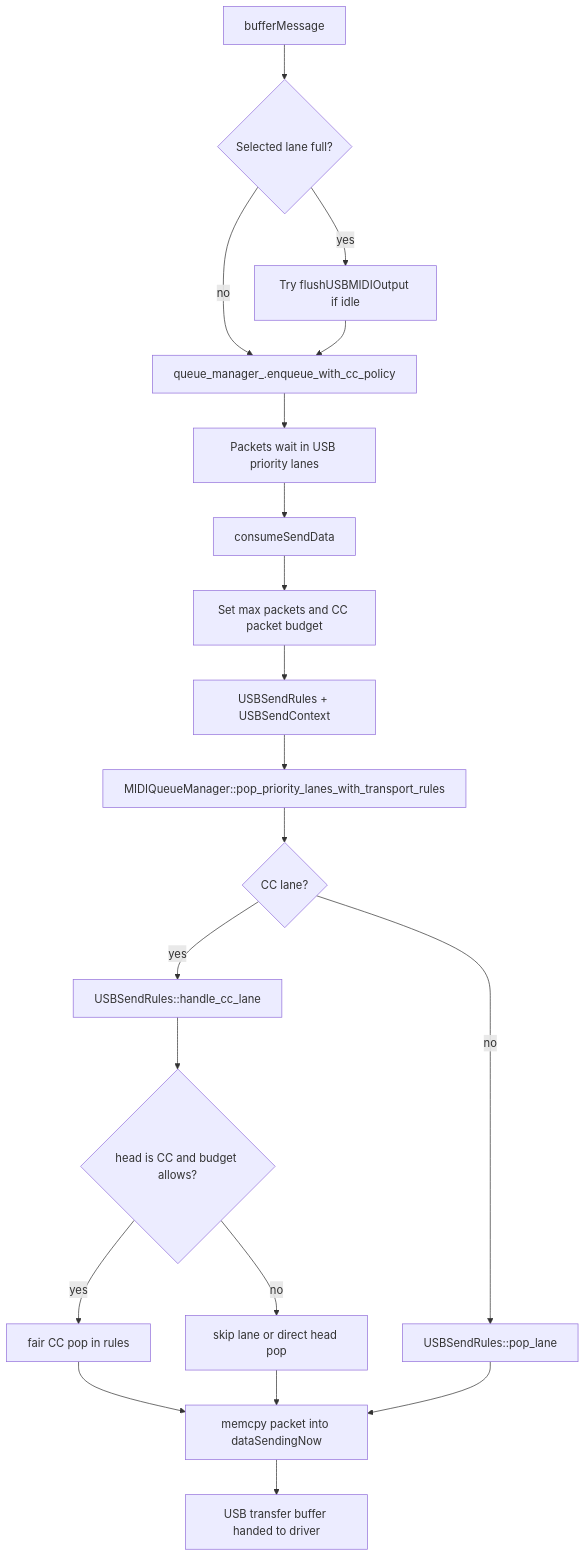
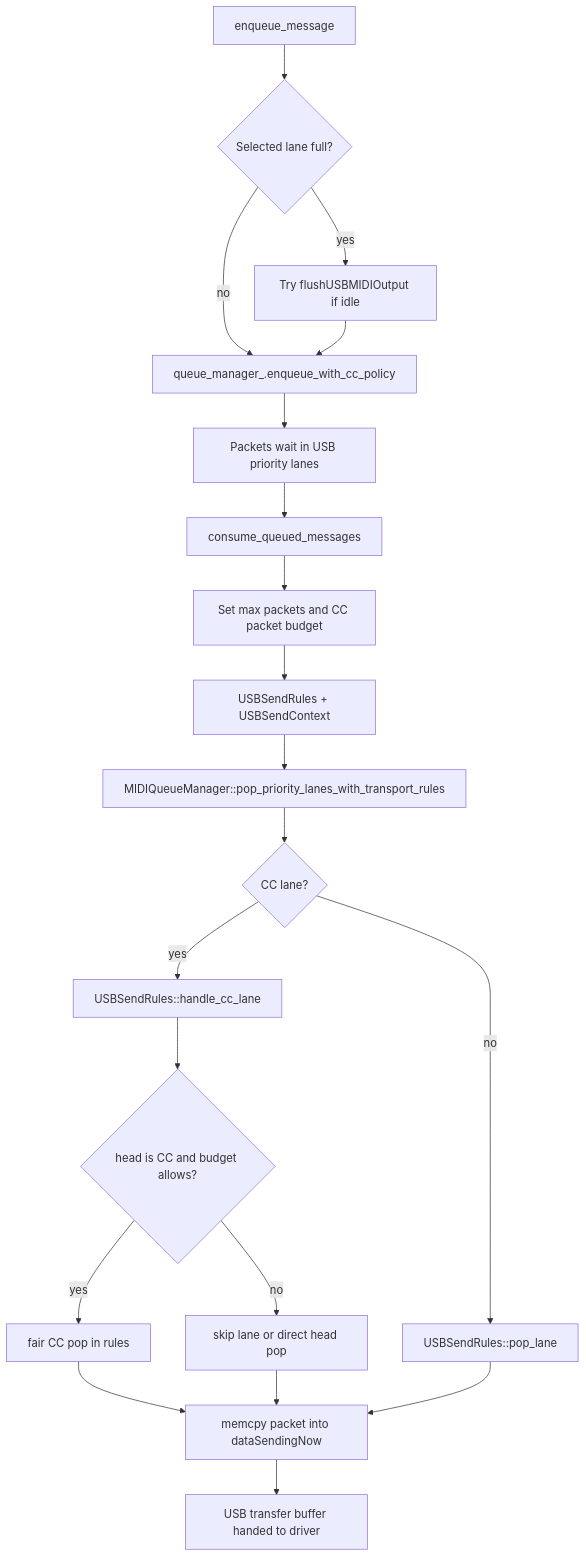
Before and after one commit to seangoodvibes/DelugeFirmware: the second of 5 diagrams in docs/dev/midi_queue_flow.md, drawn with Mermaid. The commit also changed other lines of this file and 4 other files, not shown here.

````diff
--- a/docs/dev/midi_queue_flow.md
+++ b/docs/dev/midi_queue_flow.md
@@ -30,22 +35,22 @@
 ```mermaid
 flowchart TD
-    U1[bufferMessage] --> U2{Selected lane full?}
+    U1[enqueue_message] --> U2{Selected lane full?}
     U2 -- yes --> U3[Try flushUSBMIDIOutput if idle]
     U2 -- no --> U4[queue_manager_.enqueue_with_cc_policy]
     U3 --> U4
     U4 --> U5[Packets wait in USB priority lanes]
-    U5 --> U6[consumeSendData]
+    U5 --> U6[consume_queued_messages]
     U6 --> U7[Set max packets and CC packet budget]
     U7 --> U8[USBSendRules + USBSendContext]
     U8 --> U9[MIDIQueueManager::pop_priority_lanes_with_transport_rules]
     U9 --> U10{CC lane?}
     U10 -- yes --> U11[USBSendRules::handle_cc_lane]
     U11 --> U12{head is CC and budget allows?}
     U12 -- yes --> U13[fair CC pop in rules]
     U12 -- no --> U14[skip lane or direct head pop]
     U10 -- no --> U15[USBSendRules::pop_lane]
     U13 --> U16[memcpy packet into dataSendingNow]
     U14 --> U16
     U15 --> U16
     U16 --> U17[USB transfer buffer handed to driver]
 ```
````
